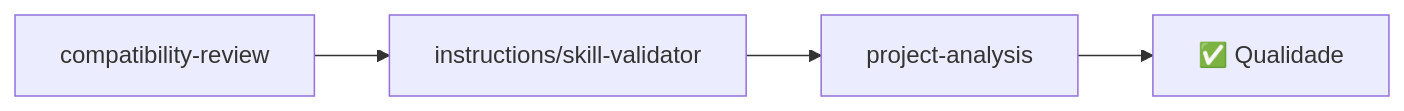
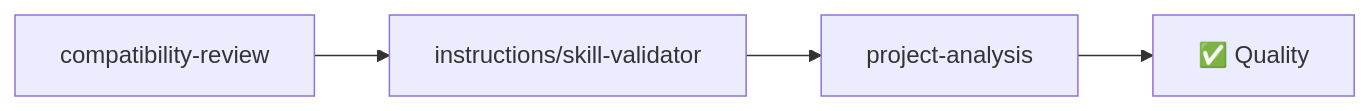
One commit to rodrigo-mendes/agents-factory changed the fourth of 6 diagrams in docs/fluxos/README.md. Above: the diagram before and after it, drawn with Mermaid. The commit also changed other lines of this file and 70 other files, not shown here.

````diff
--- a/docs/fluxos/README.md
+++ b/docs/fluxos/README.md
@@ -61,4 +61,4 @@
 ```mermaid
 graph LR
-    A[compatibility-review] --> B[instructions/skill-validator] --> C[project-analysis] --> D[✅ Qualidade]
+    A[compatibility-review] --> B[instructions/skill-validator] --> C[project-analysis] --> D[✅ Quality]
 ```
````
